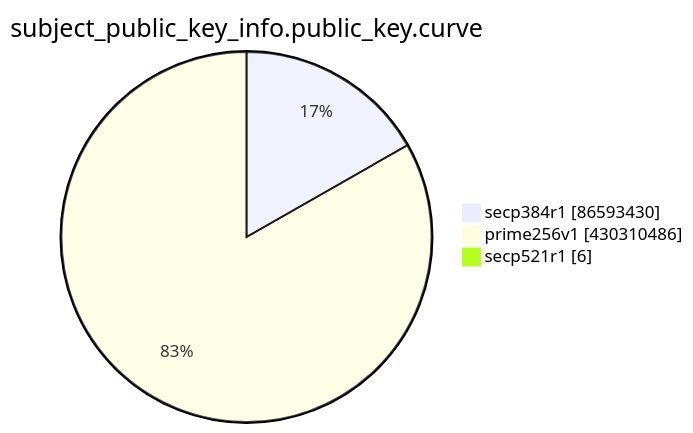
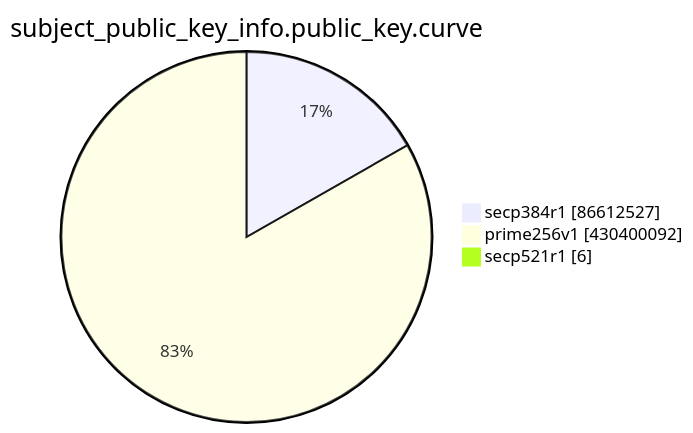
One commit to christiankrug/ctmonitor_visualization changed the eighth of 15 diagrams in TOTAL/README.md. Above: the diagram before and after it, drawn with Mermaid. The commit also changed other lines of this file, not shown here.

````diff
--- a/TOTAL/README.md
+++ b/TOTAL/README.md
@@ -3100,7 +3100,7 @@
 ```mermaid
 pie showData
 title subject_public_key_info.public_key.curve
-"secp384r1" :86593430
-"prime256v1" :430310486
+"secp384r1" :86612527
+"prime256v1" :430400092
 "secp521r1" :6
 ```
````
